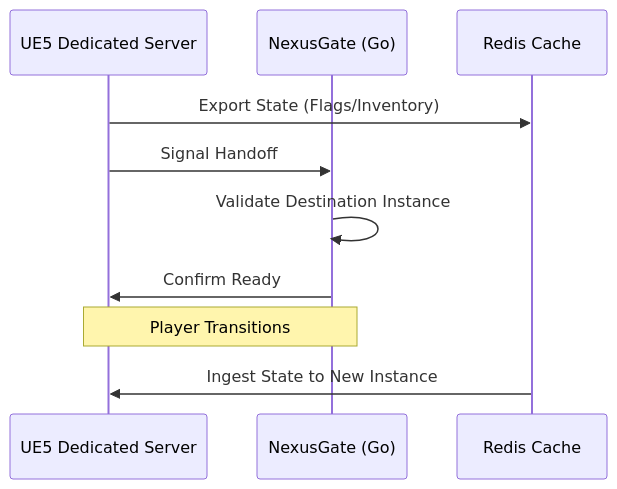
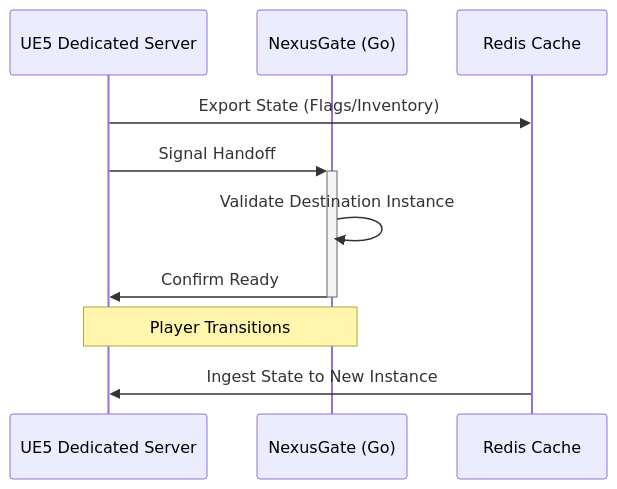
Before and after one commit to NevinsN/NexusGate: the diagram in README.md, drawn with Mermaid. The commit also changed other lines of this file, not shown here.

Commit message:
Finalized SD and Logic Gate write up

````diff
--- a/README.md
+++ b/README.md
@@ -19,13 +19,13 @@
 ```mermaid
 sequenceDiagram
     participant UE5 as UE5 Dedicated Server
     participant NG as NexusGate (Go)
     participant R as Redis Cache
 
     UE5->>R: Export State (Flags/Inventory)
-    UE5->>NG: Signal Handoff
+    UE5->>+NG: Signal Handoff
     NG->>NG: Validate Destination Instance
-    NG->>UE5: Confirm Ready
+    NG->>-UE5: Confirm Ready
     Note over UE5,NG: Player Transitions
     R->>UE5: Ingest State to New Instance
 ```
````
